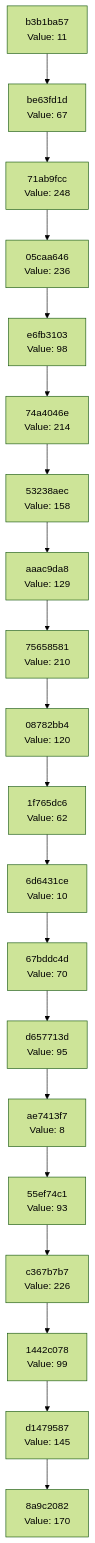
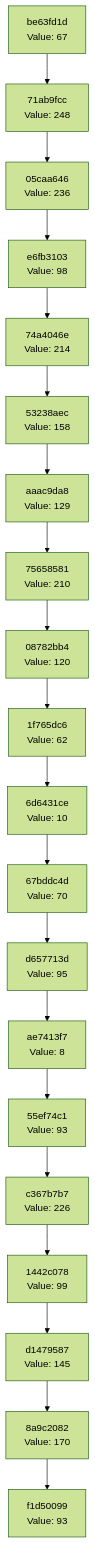
One commit to Abhisheksinha1506/hash-chain-evolver changed the diagram in docs/CHAIN_VISUALIZATION.md. Above: the diagram before and after it, drawn with Mermaid (forest theme). The commit also changed 2 other files, not shown here.

Commit message:
Evolution step: hash 0x5D → action executed

````diff
--- a/docs/CHAIN_VISUALIZATION.md
+++ b/docs/CHAIN_VISUALIZATION.md
@@ -3,42 +3,42 @@
 ```mermaid
 graph TD
-    C0["8a9c2082<br/>Value: 170"]
-    C1["d1479587<br/>Value: 145"]
+    C0["f1d50099<br/>Value: 93"]
+    C1["8a9c2082<br/>Value: 170"]
     C1 --> C0
-    C2["1442c078<br/>Value: 99"]
+    C2["d1479587<br/>Value: 145"]
     C2 --> C1
-    C3["c367b7b7<br/>Value: 226"]
+    C3["1442c078<br/>Value: 99"]
     C3 --> C2
-    C4["55ef74c1<br/>Value: 93"]
+    C4["c367b7b7<br/>Value: 226"]
     C4 --> C3
-    C5["ae7413f7<br/>Value: 8"]
+    C5["55ef74c1<br/>Value: 93"]
     C5 --> C4
-    C6["d657713d<br/>Value: 95"]
+    C6["ae7413f7<br/>Value: 8"]
     C6 --> C5
-    C7["67bddc4d<br/>Value: 70"]
+    C7["d657713d<br/>Value: 95"]
     C7 --> C6
-    C8["6d6431ce<br/>Value: 10"]
+    C8["67bddc4d<br/>Value: 70"]
     C8 --> C7
-    C9["1f765dc6<br/>Value: 62"]
+    C9["6d6431ce<br/>Value: 10"]
     C9 --> C8
-    C10["08782bb4<br/>Value: 120"]
+    C10["1f765dc6<br/>Value: 62"]
     C10 --> C9
-    C11["75658581<br/>Value: 210"]
+    C11["08782bb4<br/>Value: 120"]
     C11 --> C10
-    C12["aaac9da8<br/>Value: 129"]
+    C12["75658581<br/>Value: 210"]
     C12 --> C11
-    C13["53238aec<br/>Value: 158"]
+    C13["aaac9da8<br/>Value: 129"]
     C13 --> C12
-    C14["74a4046e<br/>Value: 214"]
+    C14["53238aec<br/>Value: 158"]
     C14 --> C13
-    C15["e6fb3103<br/>Value: 98"]
+    C15["74a4046e<br/>Value: 214"]
     C15 --> C14
-    C16["05caa646<br/>Value: 236"]
+    C16["e6fb3103<br/>Value: 98"]
     C16 --> C15
-    C17["71ab9fcc<br/>Value: 248"]
+    C17["05caa646<br/>Value: 236"]
     C17 --> C16
-    C18["be63fd1d<br/>Value: 67"]
+    C18["71ab9fcc<br/>Value: 248"]
     C18 --> C17
-    C19["b3b1ba57<br/>Value: 11"]
+    C19["be63fd1d<br/>Value: 67"]
     C19 --> C18
 ```
````
